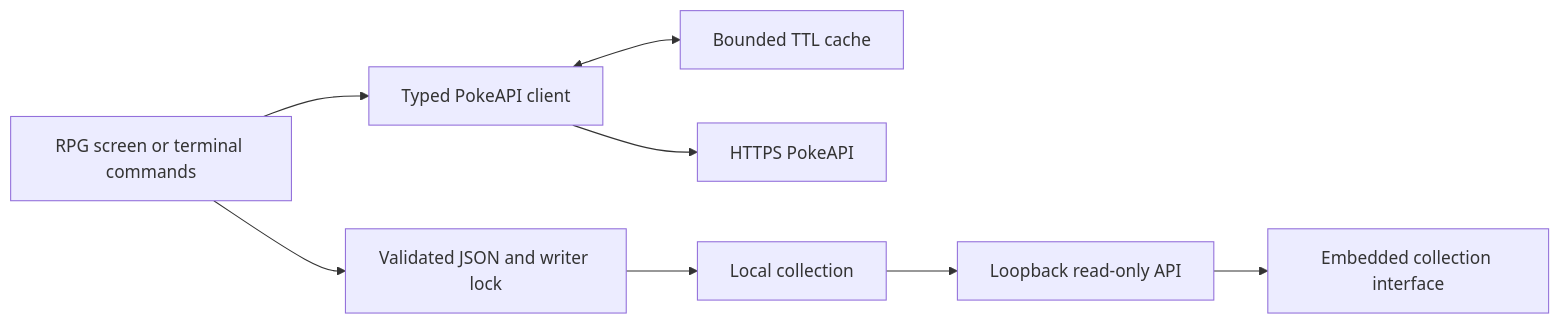
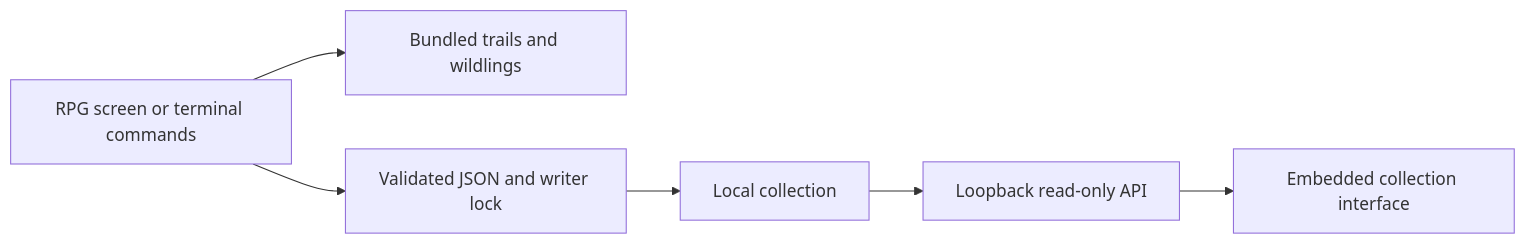
One commit to yaqyn/clibble-terminal-rpg changed the diagram in docs/ARCHITECTURE.md. Above: the diagram before and after it, drawn with Mermaid. The commit also changed other lines of this file and 8 other files, not shown here.

````diff
--- a/docs/ARCHITECTURE.md
+++ b/docs/ARCHITECTURE.md
@@ -7,10 +7,8 @@
 ```mermaid
 flowchart LR
-    CLI[RPG screen or terminal commands] --> Client[Typed PokeAPI client]
-    Client <--> Cache[Bounded TTL cache]
-    Client --> API[HTTPS PokeAPI]
+    CLI[RPG screen or terminal commands] --> World[Bundled trails and wildlings]
     CLI --> Save[Validated JSON and writer lock]
     Save --> Disk[Local collection]
     Disk --> Web[Loopback read-only API]
     Web --> Browser[Embedded collection interface]
 ```
````
